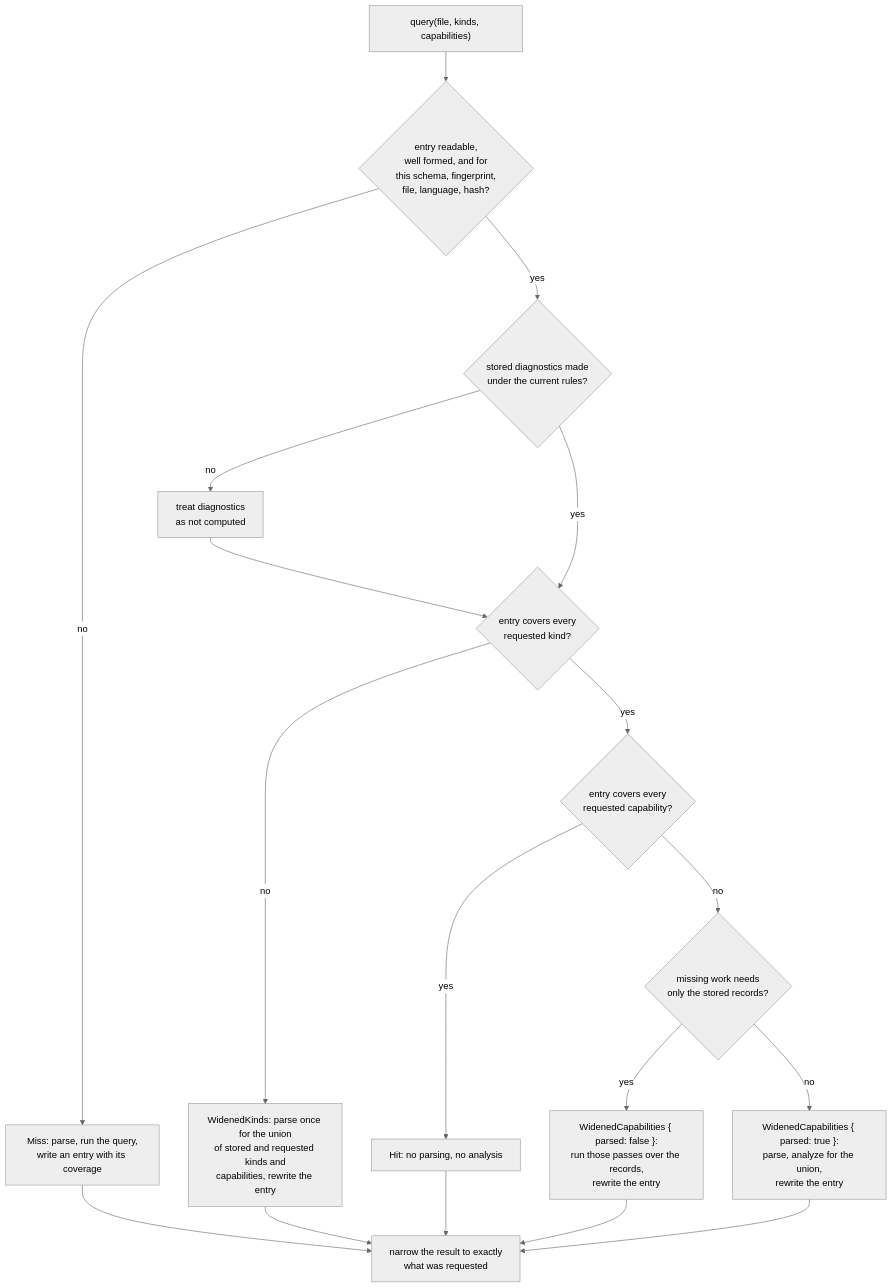
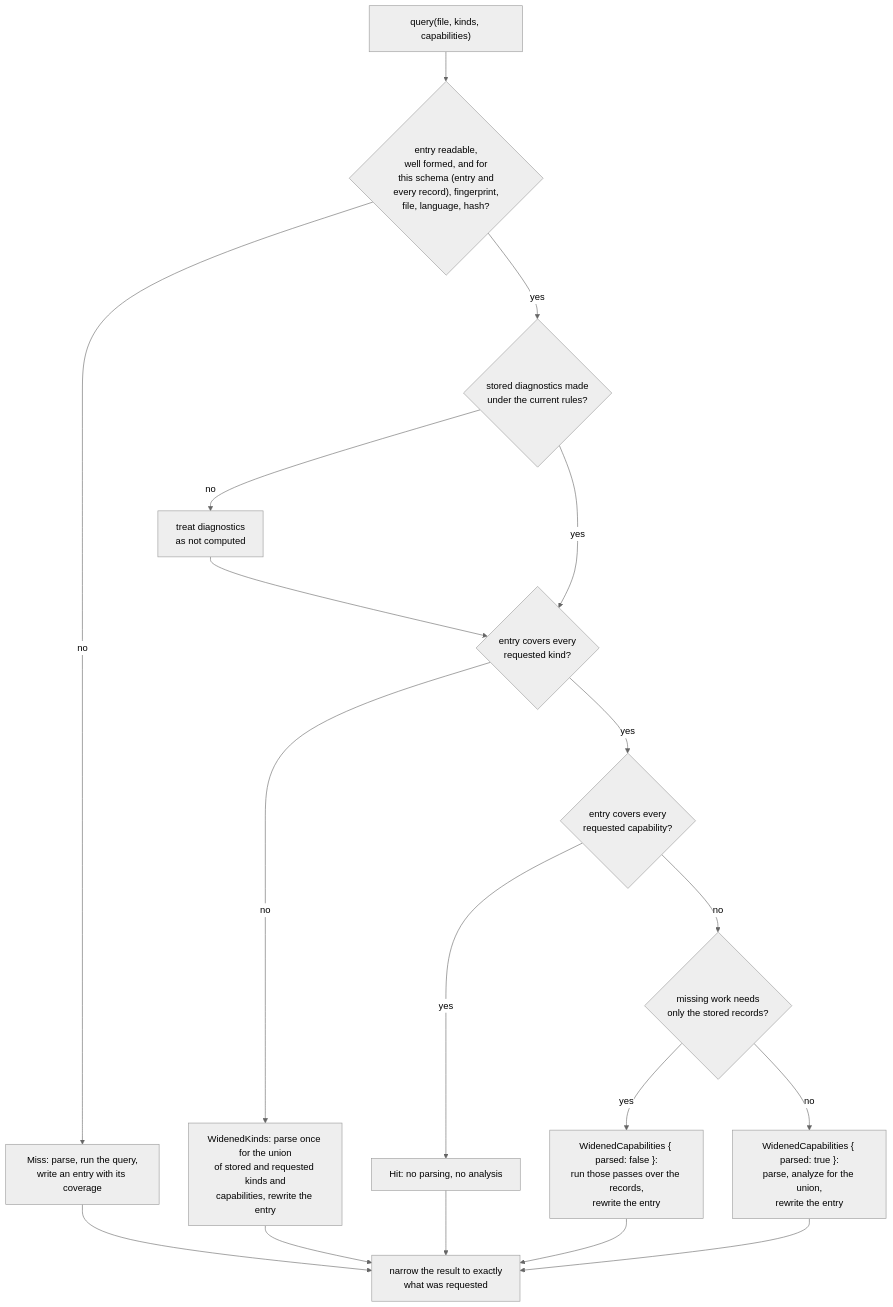
Before and after one commit to yankeeinlondon/rusty-biscuit: the diagram in tree-hugger/docs/cache-design.md, drawn with Mermaid (neutral theme). The commit also changed other lines of this file and 5 other files, not shown here.

````diff
--- a/tree-hugger/docs/cache-design.md
+++ b/tree-hugger/docs/cache-design.md
@@ -169,15 +228,15 @@
 ```mermaid
 flowchart TD
-    Q["query(file, kinds, capabilities)"] --> R{"entry readable,<br/>well formed, and for<br/>this schema, fingerprint,<br/>file, language, hash?"}
+    Q["query(file, kinds, capabilities)"] --> R{"entry readable,<br/>well formed, and for<br/>this schema (entry and<br/>every record), fingerprint,<br/>file, language, hash?"}
     R -- no --> M["Miss: parse, run the query,<br/>write an entry with its coverage"]
     R -- yes --> D{"stored diagnostics made<br/>under the current rules?"}
     D -- no --> X["treat diagnostics<br/>as not computed"] --> K
     D -- yes --> K{"entry covers every<br/>requested kind?"}
     K -- no --> WK["WidenedKinds: parse once for the union<br/>of stored and requested kinds and<br/>capabilities, rewrite the entry"]
     K -- yes --> C{"entry covers every<br/>requested capability?"}
     C -- yes --> H["Hit: no parsing, no analysis"]
     C -- no --> P{"missing work needs<br/>only the stored records?"}
     P -- yes --> WR["WidenedCapabilities { parsed: false }:<br/>run those passes over the records,<br/>rewrite the entry"]
     P -- no --> WP["WidenedCapabilities { parsed: true }:<br/>parse, analyze for the union,<br/>rewrite the entry"]
     M & WK & H & WR & WP --> N["narrow the result to exactly<br/>what was requested"]
 ```
````
